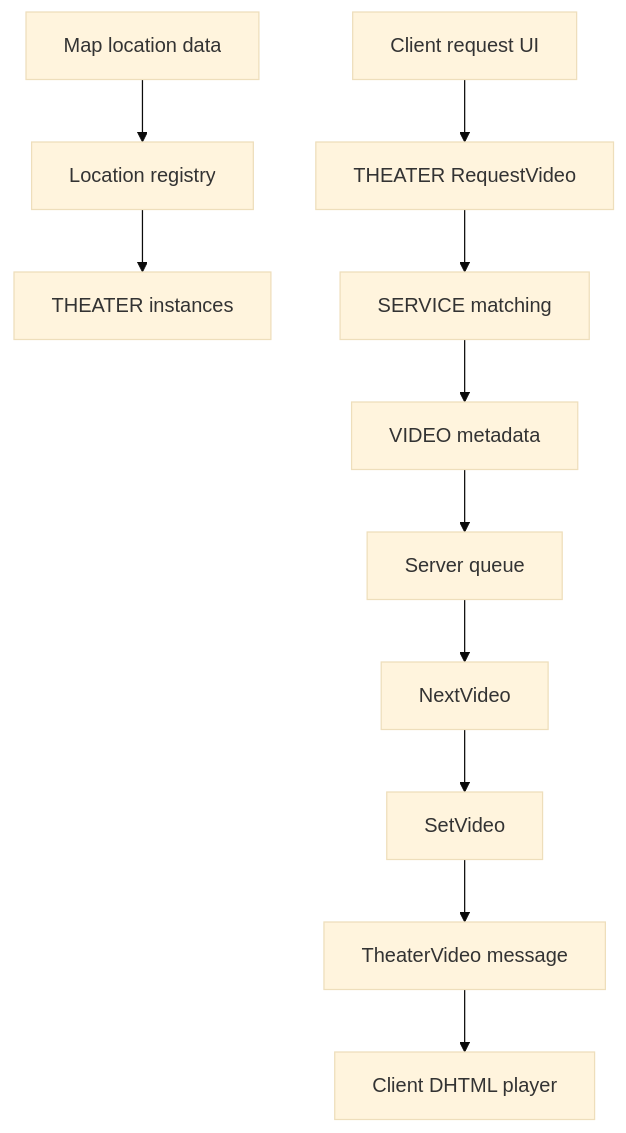
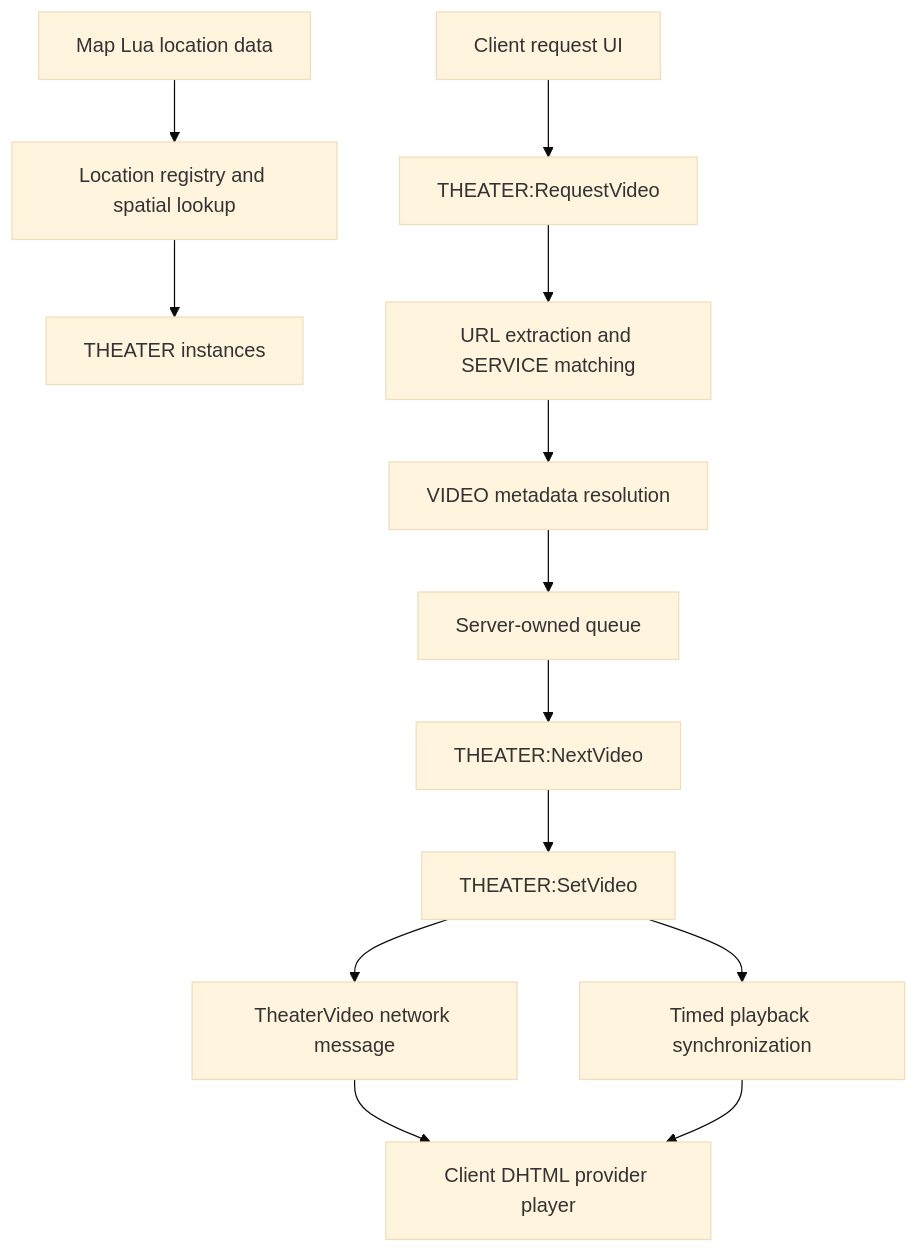
Before and after one commit to PurrCoding/cinema: the diagram in docs/theater-architecture.md, drawn with Mermaid (base theme). The commit also changed other lines of this file, not shown here.

Commit message:
docs: add Cinema runtime architecture diagram

````diff
--- a/docs/theater-architecture.md
+++ b/docs/theater-architecture.md
@@ -9,13 +21,15 @@
 ```mermaid
 flowchart TD
-    Map[Map location data] --> Location[Location registry]
-    Location --> Theater[THEATER instances]
-    UI[Client request UI] --> Request[THEATER RequestVideo]
-    Request --> Service[SERVICE matching]
-    Service --> Metadata[VIDEO metadata]
-    Metadata --> Queue[Server queue]
-    Queue --> Select[NextVideo]
-    Select --> Active[SetVideo]
-    Active --> Net[TheaterVideo message]
-    Net --> Player[Client DHTML player]
+    Map["Map Lua location data"] --> Location["Location registry and spatial lookup"]
+    Location --> Theater["THEATER instances"]
+    UI["Client request UI"] --> Request["THEATER:RequestVideo"]
+    Request --> Service["URL extraction and SERVICE matching"]
+    Service --> Metadata["VIDEO metadata resolution"]
+    Metadata --> Queue["Server-owned queue"]
+    Queue --> Select["THEATER:NextVideo"]
+    Select --> Active["THEATER:SetVideo"]
+    Active --> Net["TheaterVideo network message"]
+    Net --> DHTML["Client DHTML provider player"]
+    Active --> Sync["Timed playback synchronization"]
+    Sync --> DHTML
 ```
````
